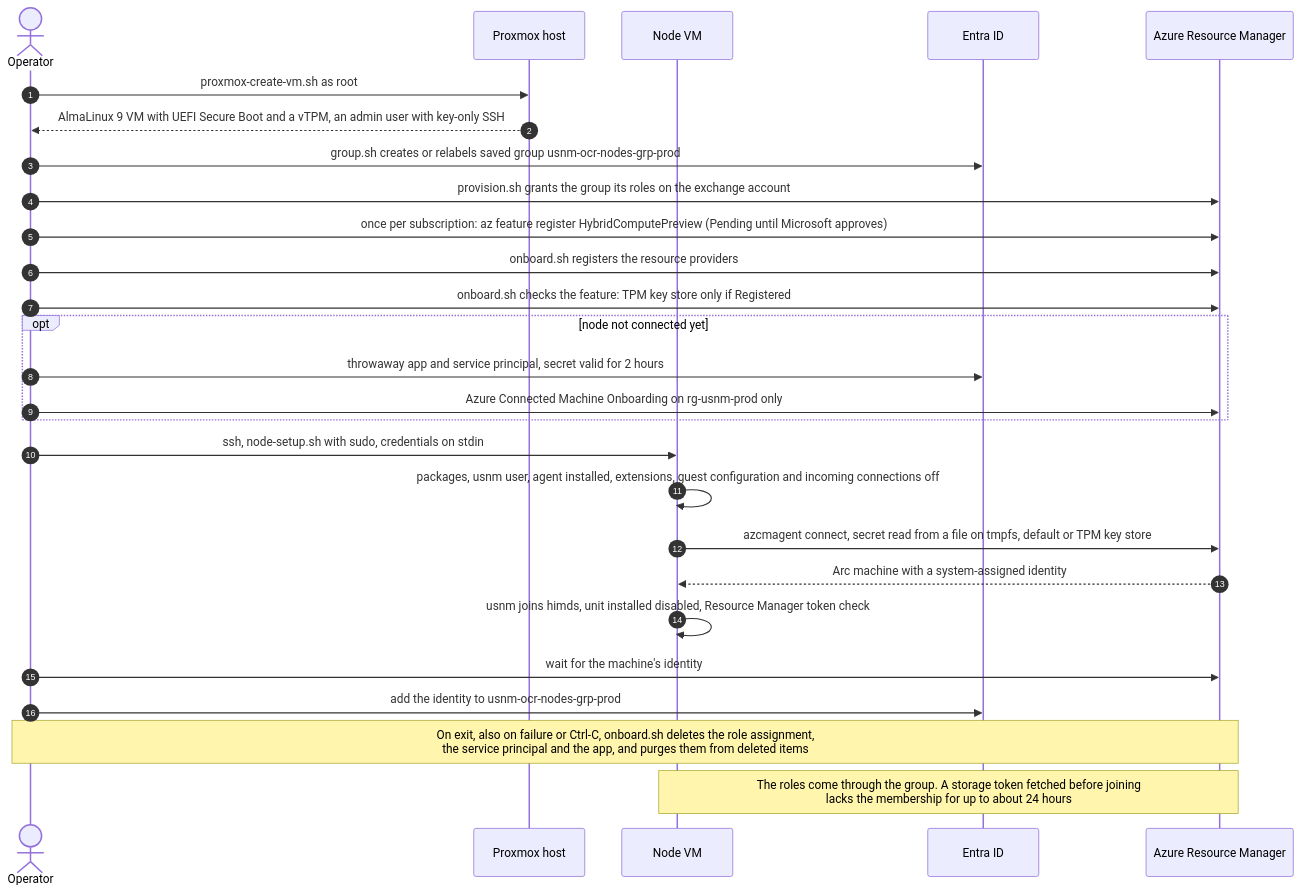
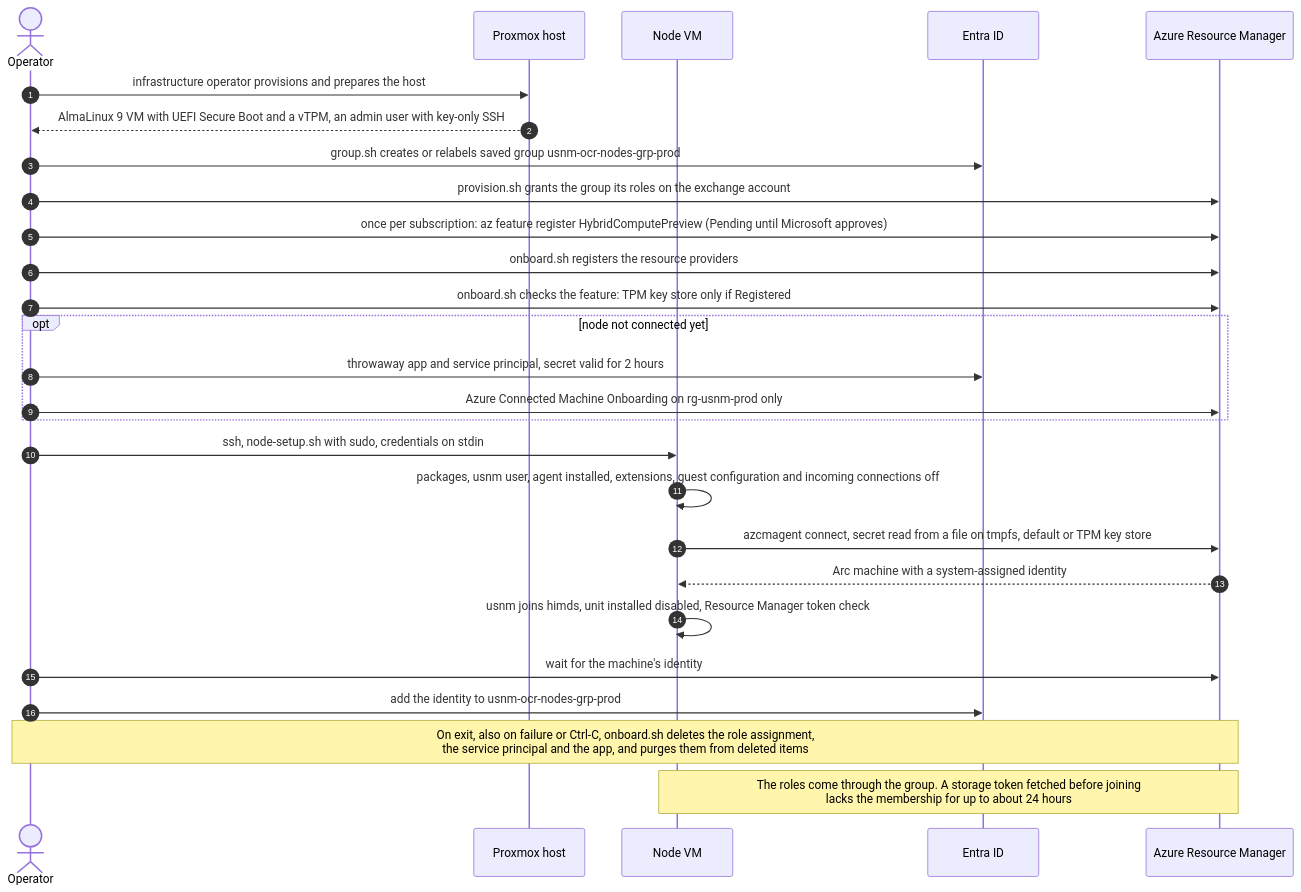
The fifth of 5 diagrams in docs/design/12-onprem-ocr-pipeline.md (tgoodyear/usnewsmap.com), drawn with Mermaid before and after one commit. The commit also changed other lines of this file and 22 other files, not shown here.

````diff
--- a/docs/design/12-onprem-ocr-pipeline.md
+++ b/docs/design/12-onprem-ocr-pipeline.md
@@ -348,29 +322,29 @@
 ```mermaid
 sequenceDiagram
   autonumber
   actor Op as Operator
   participant PVE as Proxmox host
   participant N as Node VM
   participant Entra as Entra ID
   participant ARM as Azure Resource Manager
-  Op->>PVE: proxmox-create-vm.sh as root
+  Op->>PVE: infrastructure operator provisions and prepares the host
   PVE-->>Op: AlmaLinux 9 VM with UEFI Secure Boot and a vTPM, an admin user with key-only SSH
   Op->>Entra: group.sh creates or relabels saved group usnm-ocr-nodes-grp-prod
   Op->>ARM: provision.sh grants the group its roles on the exchange account
   Op->>ARM: once per subscription: az feature register HybridComputePreview (Pending until Microsoft approves)
   Op->>ARM: onboard.sh registers the resource providers
   Op->>ARM: onboard.sh checks the feature: TPM key store only if Registered
   opt node not connected yet
     Op->>Entra: throwaway app and service principal, secret valid for 2 hours
     Op->>ARM: Azure Connected Machine Onboarding on rg-usnm-prod only
   end
   Op->>N: ssh, node-setup.sh with sudo, credentials on stdin
   N->>N: packages, usnm user, agent installed, extensions, guest configuration and incoming connections off
   N->>ARM: azcmagent connect, secret read from a file on tmpfs, default or TPM key store
   ARM-->>N: Arc machine with a system-assigned identity
   N->>N: usnm joins himds, unit installed disabled, Resource Manager token check
   Op->>ARM: wait for the machine's identity
   Op->>Entra: add the identity to usnm-ocr-nodes-grp-prod
   Note over Op,ARM: On exit, also on failure or Ctrl-C, onboard.sh deletes the role assignment,<br/>the service principal and the app, and purges them from deleted items
   Note over N,ARM: The roles come through the group. A storage token fetched before joining<br/>lacks the membership for up to about 24 hours
 ```
````
